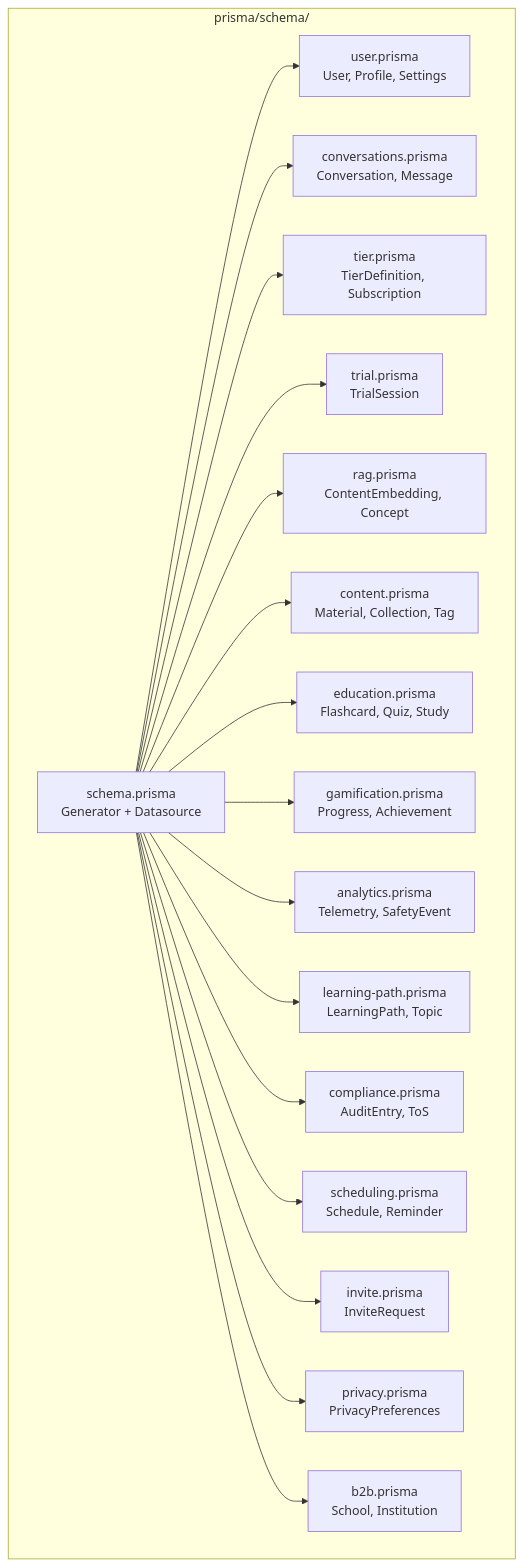
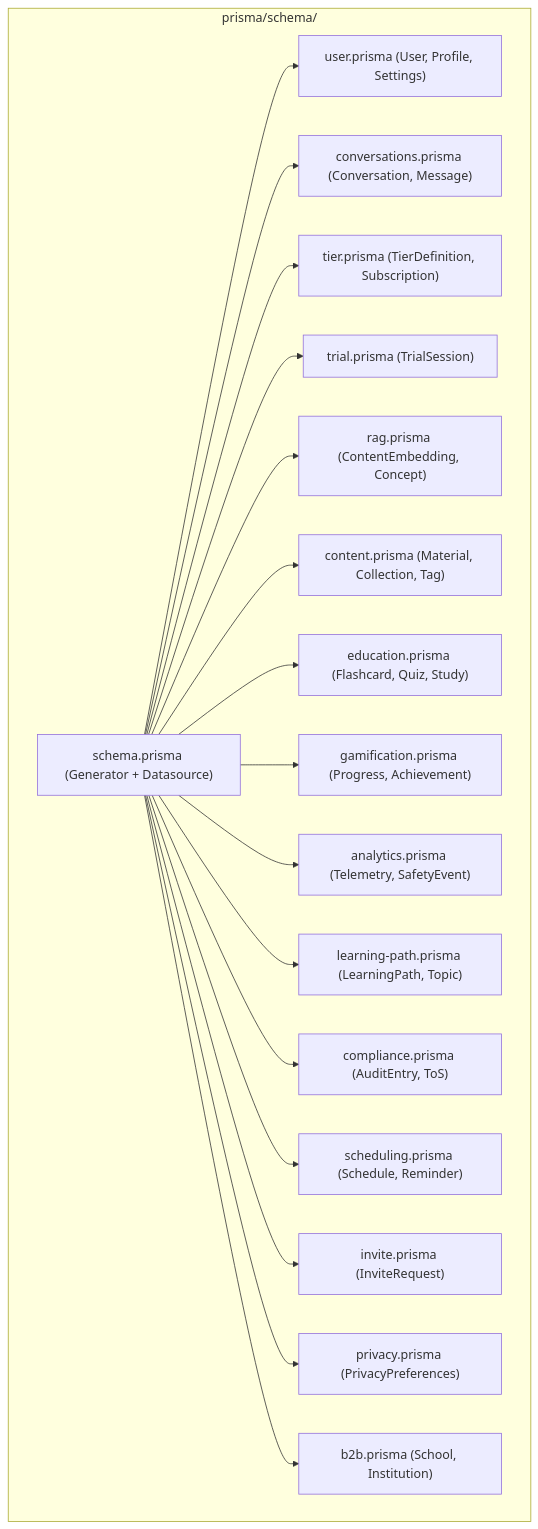
The fifth of 50 diagrams in ARCHITECTURE-DIAGRAMS.md (FightTheStroke/MirrorBuddy), drawn with Mermaid before and after one commit. The commit also changed other lines of this file, not shown here.

First line of the commit message:
docs(arch): rewrite diagrams in English, rename Maestri to Professors

````diff
--- a/ARCHITECTURE-DIAGRAMS.md
+++ b/ARCHITECTURE-DIAGRAMS.md
@@ -266,37 +265,37 @@
 ```mermaid
 graph TB
-    subgraph "prisma/schema/"
-        schema[schema.prisma<br/>Generator + Datasource]
-        user[user.prisma<br/>User, Profile, Settings]
-        conv[conversations.prisma<br/>Conversation, Message]
-        tier[tier.prisma<br/>TierDefinition, Subscription]
-        trial[trial.prisma<br/>TrialSession]
-        rag[rag.prisma<br/>ContentEmbedding, Concept]
-        content[content.prisma<br/>Material, Collection, Tag]
-        edu[education.prisma<br/>Flashcard, Quiz, Study]
-        gami[gamification.prisma<br/>Progress, Achievement]
-        analytics[analytics.prisma<br/>Telemetry, SafetyEvent]
-        lpath[learning-path.prisma<br/>LearningPath, Topic]
-        compliance[compliance.prisma<br/>AuditEntry, ToS]
-        schedule[scheduling.prisma<br/>Schedule, Reminder]
-        invite[invite.prisma<br/>InviteRequest]
-        privacy[privacy.prisma<br/>PrivacyPreferences]
-        b2b[b2b.prisma<br/>School, Institution]
+    subgraph Prisma_Schema["prisma/schema/"]
+        schema["schema.prisma (Generator + Datasource)"]
+        user["user.prisma (User, Profile, Settings)"]
+        conv["conversations.prisma (Conversation, Message)"]
+        tier["tier.prisma (TierDefinition, Subscription)"]
+        trial["trial.prisma (TrialSession)"]
+        rag["rag.prisma (ContentEmbedding, Concept)"]
+        content["content.prisma (Material, Collection, Tag)"]
+        edu["education.prisma (Flashcard, Quiz, Study)"]
+        gami["gamification.prisma (Progress, Achievement)"]
+        analytics["analytics.prisma (Telemetry, SafetyEvent)"]
+        lpath["learning-path.prisma (LearningPath, Topic)"]
+        compliance["compliance.prisma (AuditEntry, ToS)"]
+        schedule["scheduling.prisma (Schedule, Reminder)"]
+        invite["invite.prisma (InviteRequest)"]
+        privacy["privacy.prisma (PrivacyPreferences)"]
+        b2b["b2b.prisma (School, Institution)"]
     end
 
     schema --> user
     schema --> conv
     schema --> tier
     schema --> trial
     schema --> rag
     schema --> content
     schema --> edu
     schema --> gami
     schema --> analytics
     schema --> lpath
     schema --> compliance
     schema --> schedule
     schema --> invite
     schema --> privacy
     schema --> b2b
 ```
````
